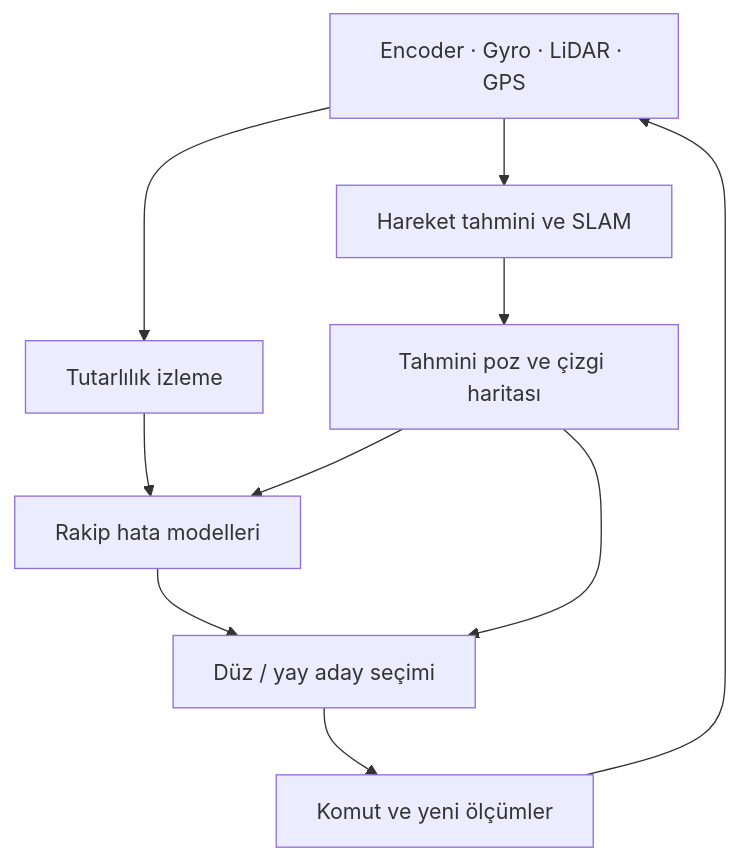
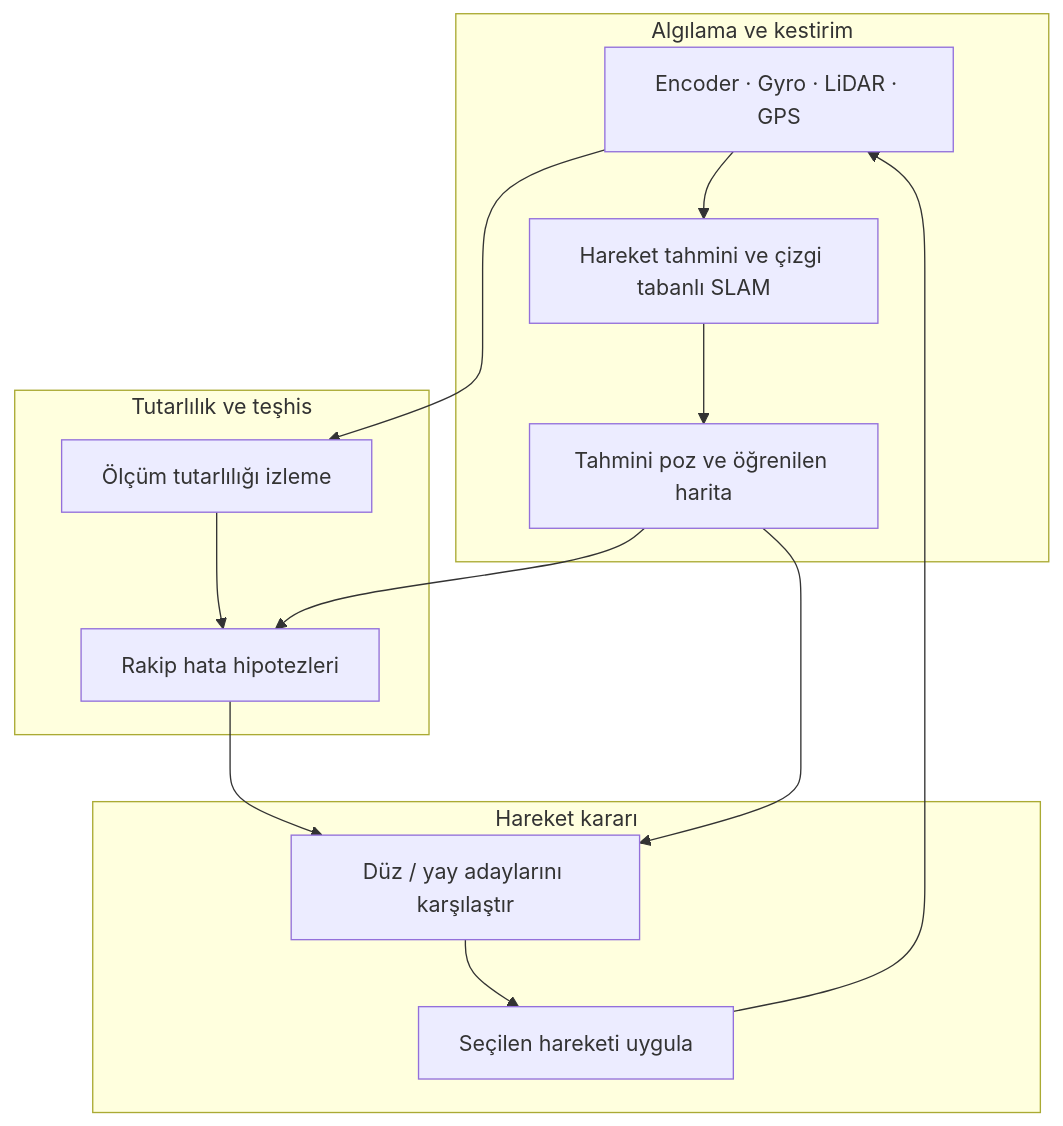
One commit to Sudekobilay/slam-detective changed the diagram in README.md. Above: the diagram before and after it, drawn with Mermaid. The commit also changed other lines of this file, not shown here.

````diff
--- a/README.md
+++ b/README.md
@@ -77,12 +53,26 @@
 ```mermaid
 flowchart TD
-    A["Encoder · Gyro · LiDAR · GPS"] --> B["Hareket tahmini ve SLAM"]
-    A --> C["Tutarlılık izleme"]
-    B --> D["Tahmini poz ve çizgi haritası"]
-    C --> E["Rakip hata modelleri"]
-    D --> E
-    E --> F["Düz / yay aday seçimi"]
-    D --> F
-    F --> G["Komut ve yeni ölçümler"]
-    G --> A
+    subgraph Algilama["Algılama ve kestirim"]
+        S["Encoder · Gyro · LiDAR · GPS"]
+        P["Hareket tahmini ve çizgi tabanlı SLAM"]
+        M["Tahmini poz ve öğrenilen harita"]
+        S --> P --> M
+    end
+
+    subgraph Teshis["Tutarlılık ve teşhis"]
+        C["Ölçüm tutarlılığı izleme"]
+        H["Rakip hata hipotezleri"]
+        S --> C --> H
+        M --> H
+    end
+
+    subgraph Karar["Hareket kararı"]
+        A["Düz / yay adaylarını karşılaştır"]
+        U["Seçilen hareketi uygula"]
+        H --> A
+        M --> A
+        A --> U
+    end
+
+    U --> S
 ```
````
